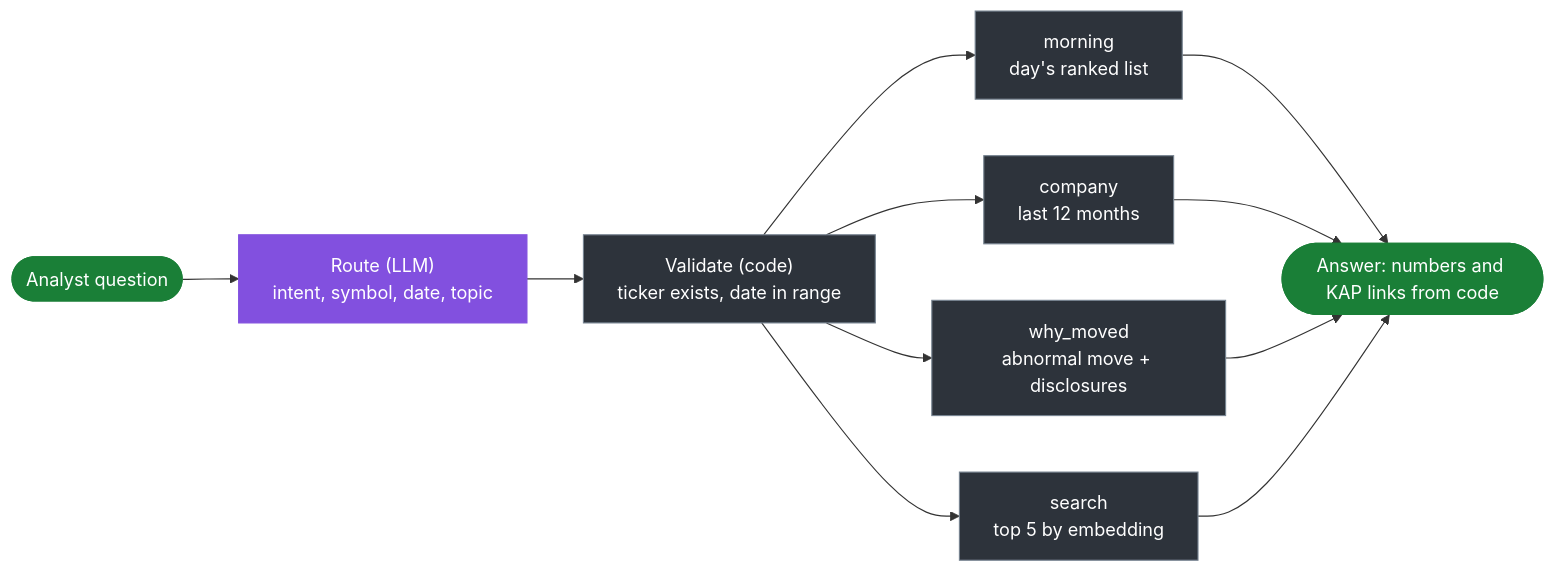
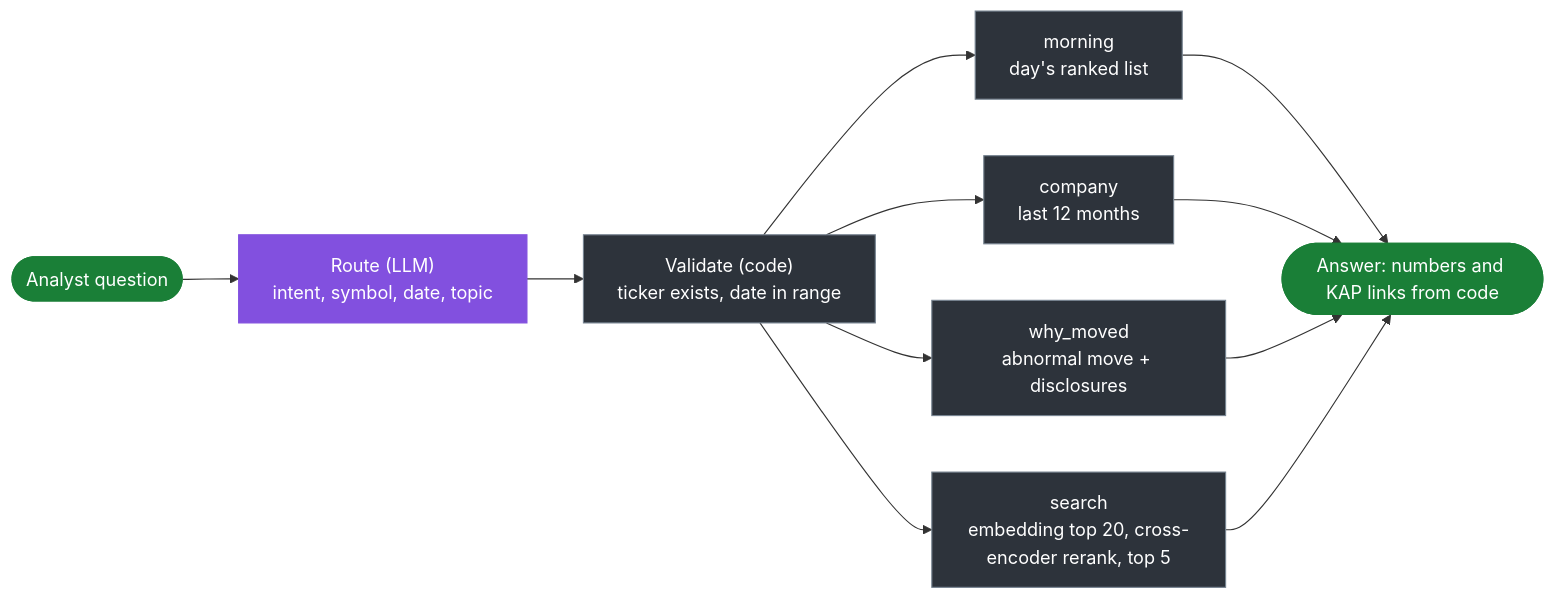
The second of 2 diagrams in docs/architecture.md (sfeyzayildiz/kap-triage), drawn with Mermaid before and after one commit. The commit also changed other lines of this file and 5 other files, not shown here.

First line of the commit message:
Cross-encoder rerank: rule, result (adopted) and agent search (#55)

````diff
--- a/docs/architecture.md
+++ b/docs/architecture.md
@@ -38,21 +38,21 @@
 ```mermaid
 flowchart LR
     classDef llm fill:#8250df,stroke:#8250df,color:#ffffff
     classDef code fill:#2d333b,stroke:#768390,color:#ffffff
     classDef out fill:#1a7f37,stroke:#1a7f37,color:#ffffff
 
     Q(["Analyst question"]):::out
     ROUTE["Route (LLM)<br/>intent, symbol, date, topic"]:::llm
     VAL["Validate (code)<br/>ticker exists, date in range"]:::code
     T1["morning<br/>day's ranked list"]:::code
     T2["company<br/>last 12 months"]:::code
     T3["why_moved<br/>abnormal move + disclosures"]:::code
-    T4["search<br/>top 5 by embedding"]:::code
+    T4["search<br/>embedding top 20, cross-encoder rerank, top 5"]:::code
     A(["Answer: numbers and KAP links from code"]):::out
 
     Q --> ROUTE --> VAL
     VAL --> T1 --> A
     VAL --> T2 --> A
     VAL --> T3 --> A
     VAL --> T4 --> A
 ```
````
